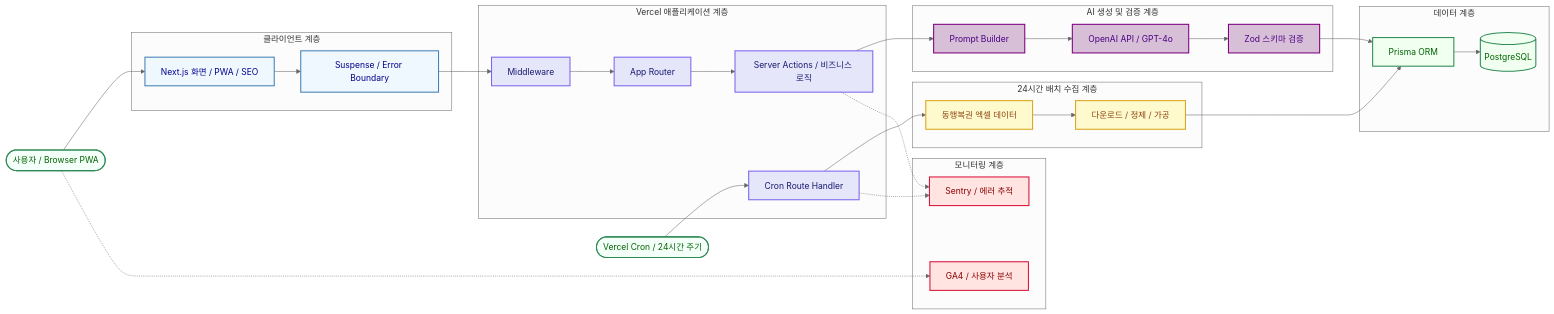
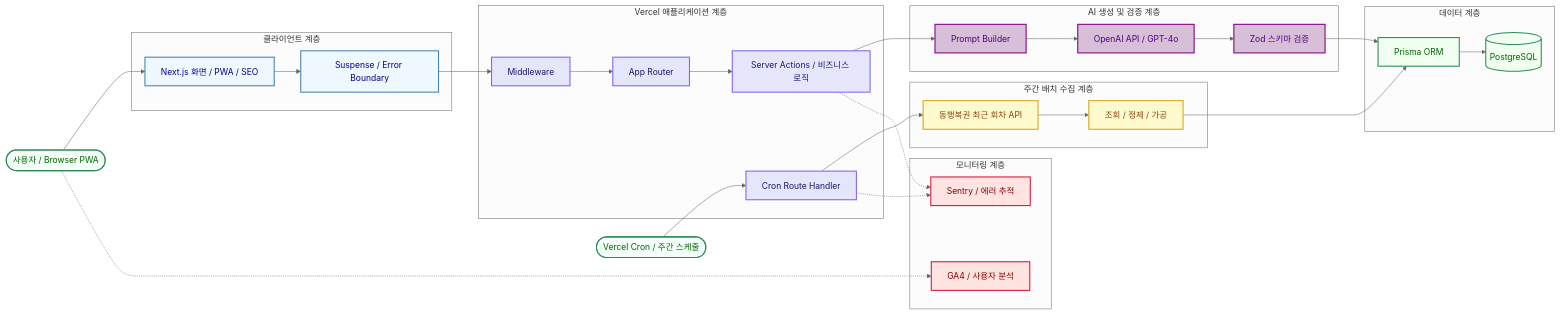
Before and after one commit to DevMinsuKim/clover-pick: the diagram in README.md, drawn with Mermaid (neutral theme). The commit also changed other lines of this file, not shown here.

````diff
--- a/README.md
+++ b/README.md
@@ -57,3 +65,3 @@
 ```mermaid
-flowchart LR; User(["사용자 / Browser PWA"]); Cron(["Vercel Cron / 24시간 주기"]); subgraph Client["클라이언트 계층"]; UI["Next.js 화면 / PWA / SEO"]; Boundary["Suspense / Error Boundary"]; end; subgraph App["Vercel 애플리케이션 계층"]; Middleware["Middleware"]; Router["App Router"]; Action["Server Actions / 비즈니스 로직"]; CronHandler["Cron Route Handler"]; end; subgraph AI["AI 생성 및 검증 계층"]; Prompt["Prompt Builder"]; OpenAI["OpenAI API / GPT-4o"]; Validator["Zod 스키마 검증"]; end; subgraph Batch["24시간 배치 수집 계층"]; LottoExcel["동행복권 엑셀 데이터"]; Processor["다운로드 / 정제 / 가공"]; end; subgraph Data["데이터 계층"]; Prisma["Prisma ORM"]; PostgreSQL[("PostgreSQL")]; end; subgraph Ops["모니터링 계층"]; Sentry["Sentry / 에러 추적"]; GA4["GA4 / 사용자 분석"]; end; User --> UI; UI --> Boundary; Boundary --> Middleware; Middleware --> Router; Router --> Action; Action --> Prompt; Prompt --> OpenAI; OpenAI --> Validator; Validator --> Prisma; Cron --> CronHandler; CronHandler --> LottoExcel; LottoExcel --> Processor; Processor --> Prisma; Prisma --> PostgreSQL; Action -.-> Sentry; CronHandler -.-> Sentry; User -.-> GA4; classDef entry fill:mintcream,stroke:seagreen,stroke-width:2px,color:darkgreen; classDef client fill:aliceblue,stroke:steelblue,stroke-width:2px,color:darkblue; classDef app fill:lavender,stroke:mediumslateblue,stroke-width:2px,color:midnightblue; classDef ai fill:thistle,stroke:purple,stroke-width:2px,color:indigo; classDef batch fill:lemonchiffon,stroke:goldenrod,stroke-width:2px,color:saddlebrown; classDef data fill:honeydew,stroke:seagreen,stroke-width:2px,color:darkgreen; classDef ops fill:mistyrose,stroke:crimson,stroke-width:2px,color:darkred; class User,Cron entry; class UI,Boundary client; class Middleware,Router,Action,CronHandler app; class Prompt,OpenAI,Validator ai; class LottoExcel,Processor batch; class Prisma,PostgreSQL data; class Sentry,GA4 ops;
+flowchart LR; User(["사용자 / Browser PWA"]); Cron(["Vercel Cron / 주간 스케줄"]); subgraph Client["클라이언트 계층"]; UI["Next.js 화면 / PWA / SEO"]; Boundary["Suspense / Error Boundary"]; end; subgraph App["Vercel 애플리케이션 계층"]; Middleware["Middleware"]; Router["App Router"]; Action["Server Actions / 비즈니스 로직"]; CronHandler["Cron Route Handler"]; end; subgraph AI["AI 생성 및 검증 계층"]; Prompt["Prompt Builder"]; OpenAI["OpenAI API / GPT-4o"]; Validator["Zod 스키마 검증"]; end; subgraph Batch["주간 배치 수집 계층"]; LottoExcel["동행복권 최근 회차 API"]; Processor["조회 / 정제 / 가공"]; end; subgraph Data["데이터 계층"]; Prisma["Prisma ORM"]; PostgreSQL[("PostgreSQL")]; end; subgraph Ops["모니터링 계층"]; Sentry["Sentry / 에러 추적"]; GA4["GA4 / 사용자 분석"]; end; User --> UI; UI --> Boundary; Boundary --> Middleware; Middleware --> Router; Router --> Action; Action --> Prompt; Prompt --> OpenAI; OpenAI --> Validator; Validator --> Prisma; Cron --> CronHandler; CronHandler --> LottoExcel; LottoExcel --> Processor; Processor --> Prisma; Prisma --> PostgreSQL; Action -.-> Sentry; CronHandler -.-> Sentry; User -.-> GA4; classDef entry fill:mintcream,stroke:seagreen,stroke-width:2px,color:darkgreen; classDef client fill:aliceblue,stroke:steelblue,stroke-width:2px,color:darkblue; classDef app fill:lavender,stroke:mediumslateblue,stroke-width:2px,color:midnightblue; classDef ai fill:thistle,stroke:purple,stroke-width:2px,color:indigo; classDef batch fill:lemonchiffon,stroke:goldenrod,stroke-width:2px,color:saddlebrown; classDef data fill:honeydew,stroke:seagreen,stroke-width:2px,color:darkgreen; classDef ops fill:mistyrose,stroke:crimson,stroke-width:2px,color:darkred; class User,Cron entry; class UI,Boundary client; class Middleware,Router,Action,CronHandler app; class Prompt,OpenAI,Validator ai; class LottoExcel,Processor batch; class Prisma,PostgreSQL data; class Sentry,GA4 ops;
 ```
````
